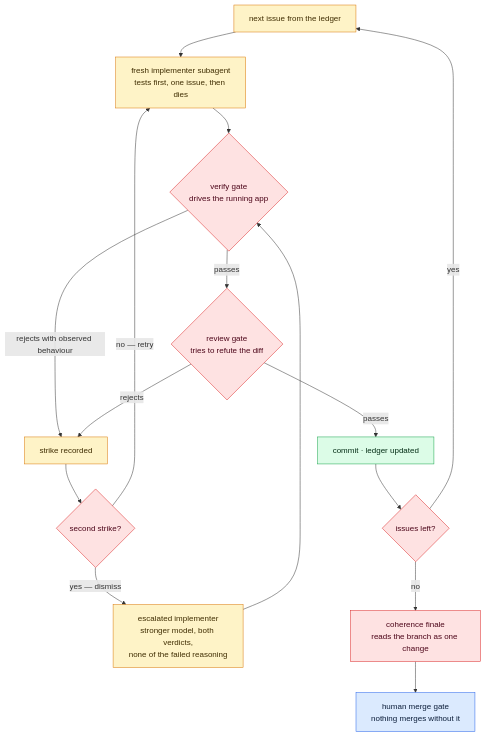
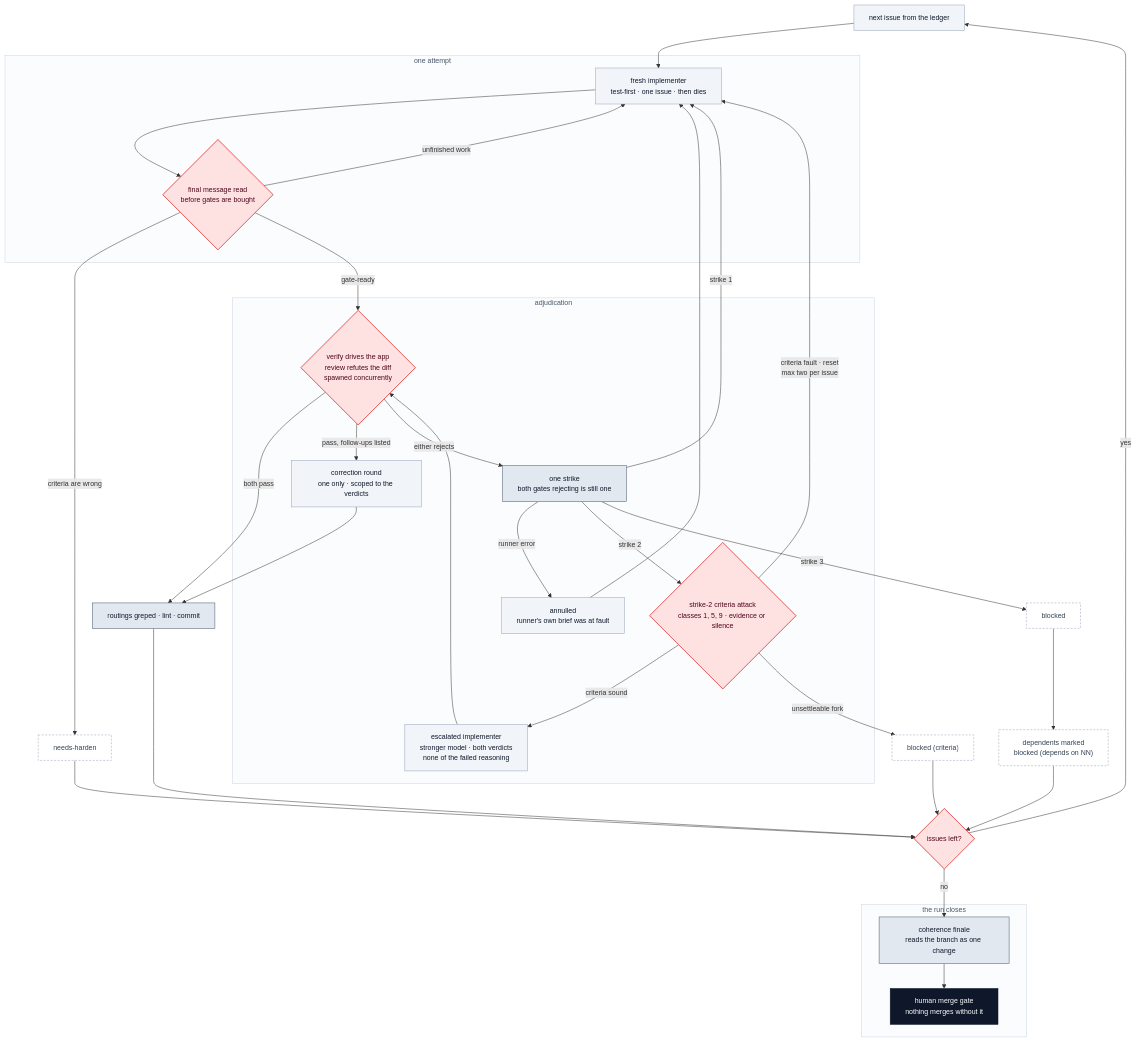
Before and after one commit to roufmlp/agent-skills: the second of 3 diagrams in README.md, drawn with Mermaid. The commit also changed other lines of this file, not shown here.

First line of the commit message:
Rebuild the three README diagrams: real exits drawn, one palette

````diff
--- a/README.md
+++ b/README.md
@@ -48,26 +67,76 @@
 ```mermaid
+%%{init: {"flowchart": {"curve": "basis"}, "themeVariables": {"fontSize": "14px"}}}%%
 flowchart TD
-    N["next issue from the ledger"] --> IMP["fresh implementer subagent<br/>tests first, one issue, then dies"]
-    IMP --> VG{"verify gate<br/>drives the running app"}
-    VG -->|rejects with observed behaviour| STRIKE
-    VG -->|passes| RG{"review gate<br/>tries to refute the diff"}
-    RG -->|rejects| STRIKE["strike recorded"]
-    RG -->|passes| C["commit · ledger updated"]
-    STRIKE --> Q{"second strike?"}
-    Q -->|"no — retry"| IMP
-    Q -->|"yes — dismiss"| ESC["escalated implementer<br/>stronger model, both verdicts,<br/>none of the failed reasoning"]
-    ESC --> VG
-    C --> MORE{"issues left?"}
+    N["next issue from the ledger"]
+
+    subgraph ATT ["one attempt"]
+        IMP["fresh implementer<br/>test-first · one issue · then dies"]
+        FM{"final message read<br/>before gates are bought"}
+    end
+
+    subgraph ADJ ["adjudication"]
+        G{"verify drives the app<br/>review refutes the diff<br/>spawned concurrently"}
+        CORR["correction round<br/>one only · scoped to the verdicts"]
+        STR["one strike<br/>both gates rejecting is still one"]
+        ANN["annulled<br/>runner's own brief was at fault"]
+        RC{"strike-2 criteria attack<br/>classes 1, 5, 9 · evidence or silence"}
+        ESC["escalated implementer<br/>stronger model · both verdicts<br/>none of the failed reasoning"]
+    end
+
+    RT["routings greped · lint · commit"]
+    NH["needs-harden"]
+    B["blocked"]
+    BC["blocked (criteria)"]
+    DEP["dependents marked<br/>blocked (depends on NN)"]
+    MORE{"issues left?"}
+
+    subgraph CLOSE ["the run closes"]
+        FIN["coherence finale<br/>reads the branch as one change"]
+        H["human merge gate<br/>nothing merges without it"]
+    end
+
+    N --> IMP
+    IMP --> FM
+    FM -->|"unfinished work"| IMP
+    FM -->|"criteria are wrong"| NH
+    FM -->|"gate-ready"| G
+
+    G -->|"both pass"| RT
+    G -->|"pass, follow-ups listed"| CORR
+    CORR --> RT
+    G -->|"either rejects"| STR
+
+    STR -->|"runner error"| ANN
+    ANN --> IMP
+    STR -->|"strike 1"| IMP
+    STR -->|"strike 2"| RC
+    STR -->|"strike 3"| B
+
+    RC -->|"criteria fault · reset<br/>max two per issue"| IMP
+    RC -->|"criteria sound"| ESC
+    RC -->|"unsettleable fork"| BC
+    ESC --> G
+
+    B --> DEP
+    RT --> MORE
+    DEP --> MORE
+    BC --> MORE
+    NH --> MORE
     MORE -->|yes| N
-    MORE -->|no| FIN["coherence finale<br/>reads the branch as one change"]
-    FIN --> H["human merge gate<br/>nothing merges without it"]
+    MORE -->|no| FIN
+    FIN --> H
 
-    classDef work fill:#fef3c7,stroke:#d97706,color:#3f2d02
-    classDef gate fill:#fee2e2,stroke:#dc2626,color:#4c0519
-    classDef state fill:#dcfce7,stroke:#16a34a,color:#052e16
-    classDef human fill:#dbeafe,stroke:#2563eb,color:#0c1e3a
-    class N,IMP,ESC,STRIKE work
-    class VG,RG,Q,MORE,FIN gate
-    class C state
+    classDef step fill:#F1F5F9,stroke:#94A3B8,stroke-width:1px,color:#0F172A
+    classDef keep fill:#E2E8F0,stroke:#475569,stroke-width:1px,color:#0F172A
+    classDef gate fill:#FEE2E2,stroke:#DC2626,stroke-width:1.5px,color:#4C0519
+    classDef stop fill:#FFFFFF,stroke:#94A3B8,stroke-width:1px,stroke-dasharray:4 3,color:#334155
+    classDef human fill:#0F172A,stroke:#0F172A,stroke-width:1px,color:#FFFFFF
+    class N,IMP,ESC,CORR,ANN step
+    class FM,G,RC,MORE gate
+    class RT,STR,FIN keep
+    class NH,B,BC,DEP stop
     class H human
+    style ATT fill:#FBFCFD,stroke:#CBD5E1,color:#475569
+    style ADJ fill:#FBFCFD,stroke:#CBD5E1,color:#475569
+    style CLOSE fill:#FBFCFD,stroke:#CBD5E1,color:#475569
 ```
````
